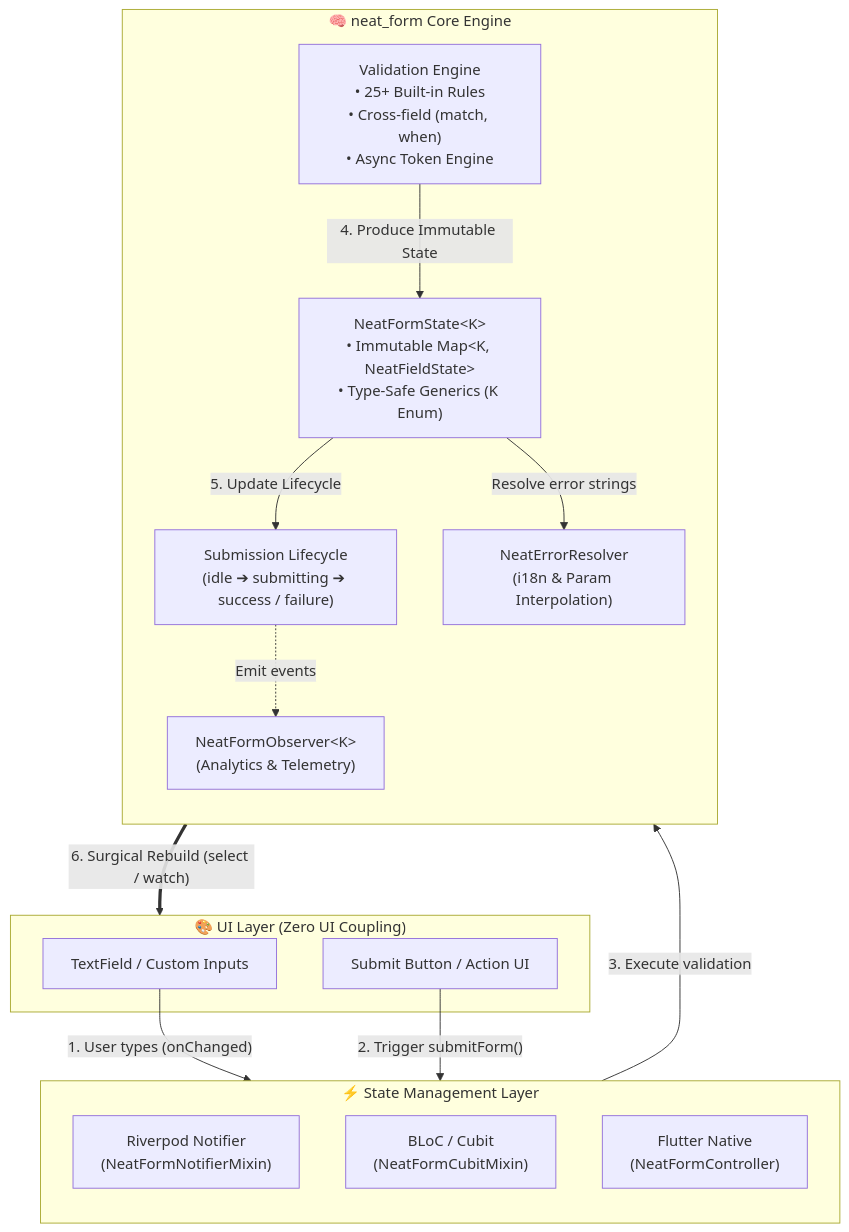
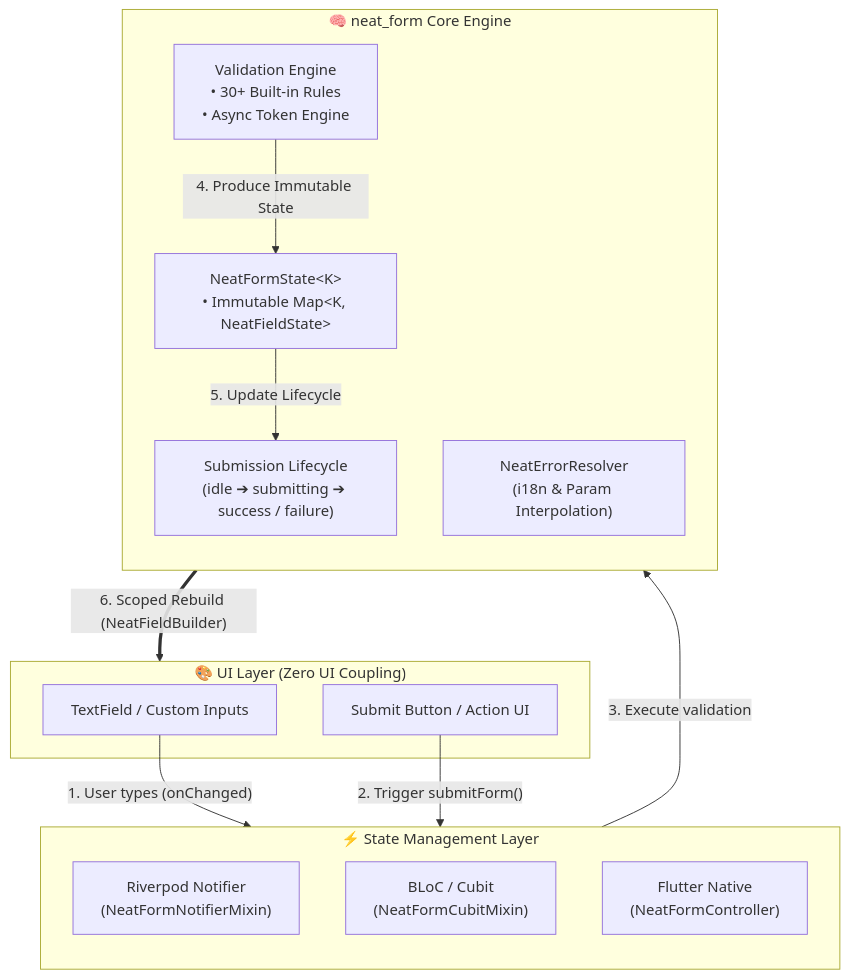
Before and after one commit to datnguyennt/neat_form: the diagram in README.md, drawn with Mermaid. The commit also changed other lines of this file and 9 other files, not shown here.

Commit message:
feat: release v1.2.7 with NeatForm UI Builders suite and refactored documentation

````diff
--- a/README.md
+++ b/README.md
@@ -70,32 +71,29 @@
 ```mermaid
 flowchart TD
     subgraph UI["🎨 UI Layer (Zero UI Coupling)"]
         Input["TextField / Custom Inputs"]
         Btn["Submit Button / Action UI"]
     end
 
     subgraph StateMgmt["⚡ State Management Layer"]
         direction TB
         Riverpod["Riverpod Notifier<br/>(NeatFormNotifierMixin)"]
         Bloc["BLoC / Cubit<br/>(NeatFormCubitMixin)"]
         Native["Flutter Native<br/>(NeatFormController)"]
     end
 
     subgraph CoreEngine["🧠 neat_form Core Engine"]
         direction TB
-        Validators["Validation Engine<br/>• 25+ Built-in Rules<br/>• Cross-field (match, when)<br/>• Async Token Engine"]
-        FormState["NeatFormState&lt;K&gt;<br/>• Immutable Map&lt;K, NeatFieldState&gt;<br/>• Type-Safe Generics (K Enum)"]
+        Validators["Validation Engine<br/>• 30+ Built-in Rules<br/>• Async Token Engine"]
+        FormState["NeatFormState&lt;K&gt;<br/>• Immutable Map&lt;K, NeatFieldState&gt;"]
         Lifecycle["Submission Lifecycle<br/>(idle ➔ submitting ➔ success / failure)"]
         Resolver["NeatErrorResolver<br/>(i18n & Param Interpolation)"]
-        Observer["NeatFormObserver&lt;K&gt;<br/>(Analytics & Telemetry)"]
     end
 
     Input -->|"1. User types (onChanged)"| StateMgmt
     Btn -->|"2. Trigger submitForm()"| StateMgmt
     StateMgmt -->|"3. Execute validation"| Validators
     Validators -->|"4. Produce Immutable State"| FormState
     FormState -->|"5. Update Lifecycle"| Lifecycle
-    Lifecycle -.->|"Emit events"| Observer
-    FormState -->|"Resolve error strings"| Resolver
-    FormState ==>|"6. Surgical Rebuild (select / watch)"| UI
+    FormState ==>|"6. Scoped Rebuild (NeatFieldBuilder)"| UI
 ```
````
